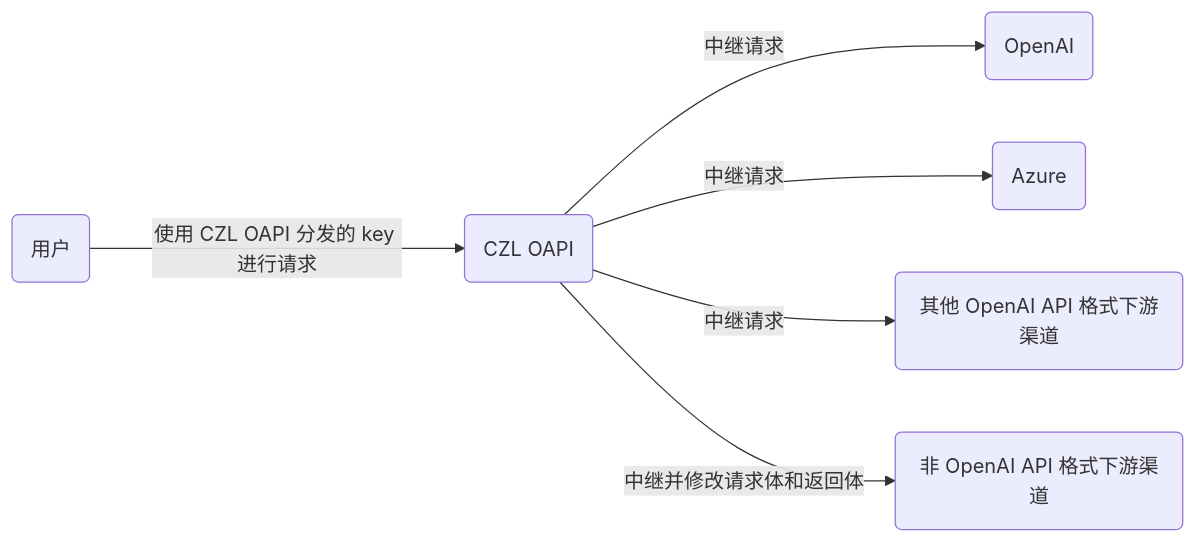
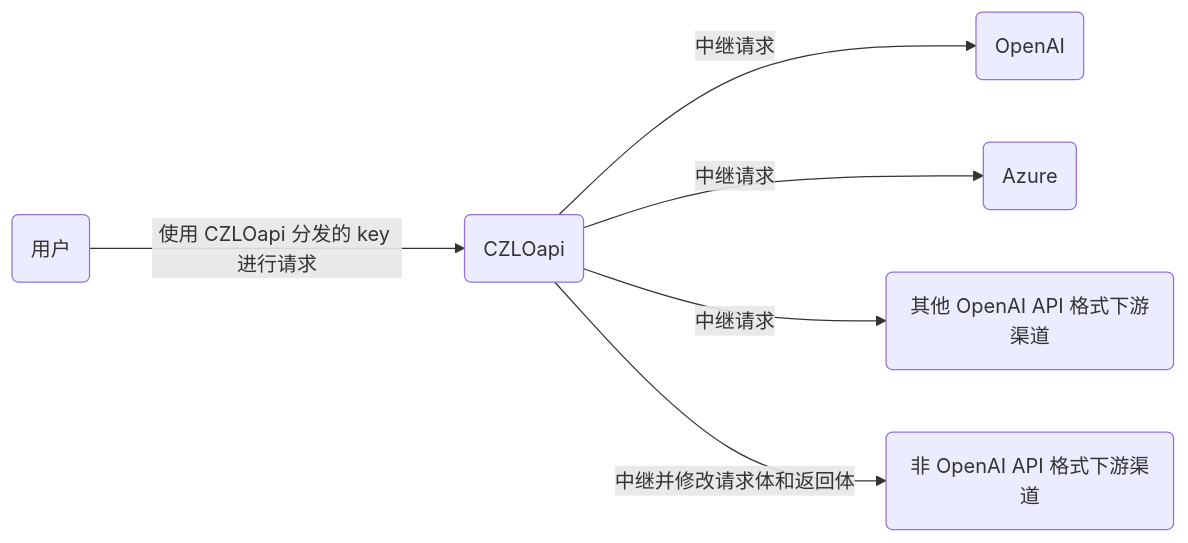
Before and after one commit to MartialBE/one-hub: the diagram in README.md, drawn with Mermaid. The commit also changed other lines of this file and 66 other files, not shown here.

````diff
--- a/README.md
+++ b/README.md
@@ -334,9 +334,9 @@
 ```mermaid
 graph LR
     A(用户)
-    A --->|使用 CZL OAPI 分发的 key 进行请求| B(CZL OAPI)
+    A --->|使用 CZLOapi 分发的 key 进行请求| B(CZLOapi)
     B -->|中继请求| C(OpenAI)
     B -->|中继请求| D(Azure)
     B -->|中继请求| E(其他 OpenAI API 格式下游渠道)
     B -->|中继并修改请求体和返回体| F(非 OpenAI API 格式下游渠道)
 ```
````
